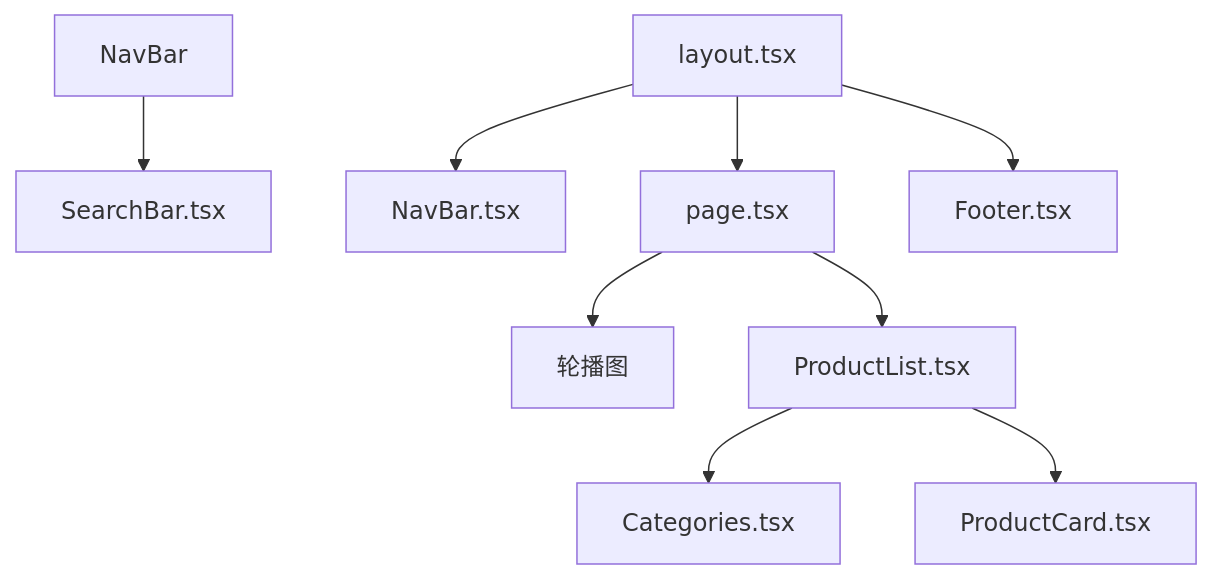
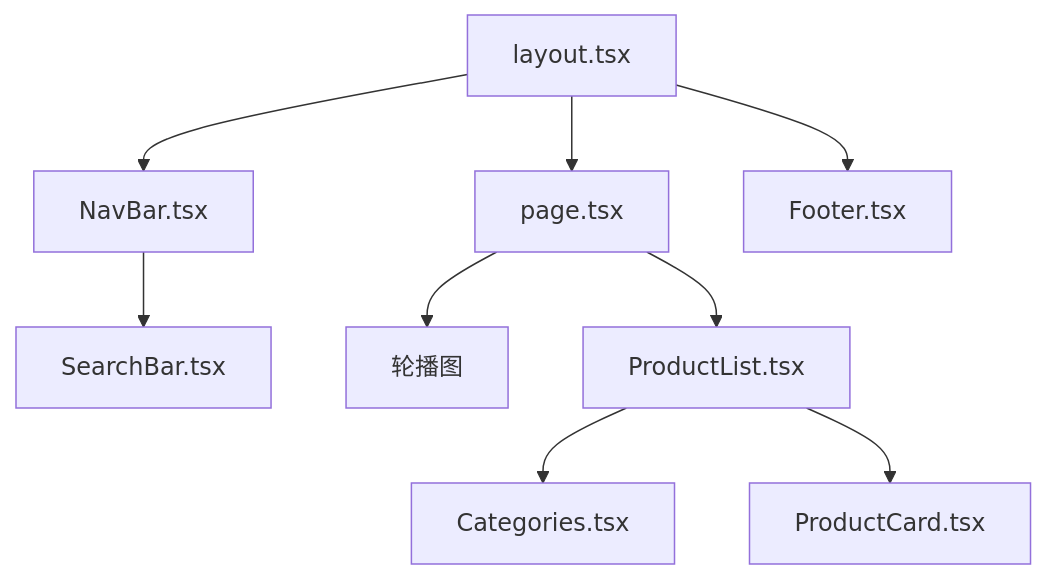
One commit to wealipay/blog changed the diagram in source/_posts/Blender网站源码/流程图.md. Above: the diagram before and after it, drawn with Mermaid.

```diff
--- a/source/_posts/Blender网站源码/流程图.md
+++ b/source/_posts/Blender网站源码/流程图.md
@@ -10,19 +10,19 @@
 {% mermaid %}
 graph TD;
 layout.tsx-->NavBar.tsx;
 click layout.tsx "https://blog.wealipay.top/posts/layout.html";
 click NavBar.tsx "https://blog.wealipay.top/posts/navbar.html";
-NavBar-->SearchBar.tsx;
+NavBar.tsx-->SearchBar.tsx;
 click SearchBar.tsx "https://blog.wealipay.top/posts/searchbar.html";
 layout.tsx-->page.tsx;
 click page.tsx "https://blog.wealipay.top/posts/page.html";
 layout.tsx-->Footer.tsx;
 click Footer.tsx "https://blog.wealipay.top/posts/footer.html";
 page.tsx-->轮播图;
 page.tsx-->ProductList.tsx;
 click ProductList.tsx "https://blog.wealipay.top/posts/productlist.html";
 ProductList.tsx-->Categories.tsx;
 click Categories.tsx "https://blog.wealipay.top/posts/categories.html";
 ProductList.tsx-->ProductCard.tsx;
 click ProductCard.tsx "https://blog.wealipay.top/posts/productcard.html";
 {% endmermaid %}
```
